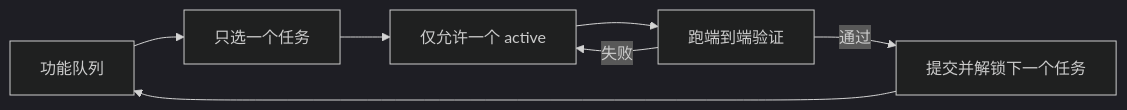
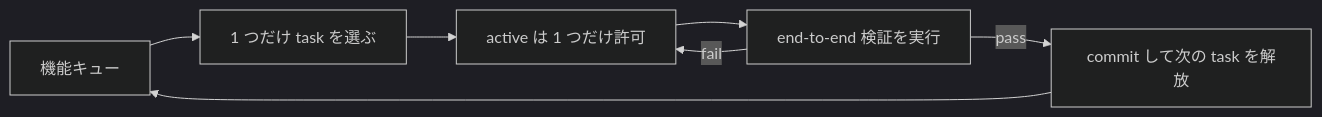
Before and after one commit to mkusaka/learn-harness-engineering: the first of 2 diagrams in docs/zh/lectures/lecture-07-why-agents-overreach-and-under-finish/index.md, drawn with Mermaid (dark theme). The commit also changed other lines of this file and 571 other files, not shown here.

````diff
--- a/docs/zh/lectures/lecture-07-why-agents-overreach-and-under-finish/index.md
+++ b/docs/zh/lectures/lecture-07-why-agents-overreach-and-under-finish/index.md
@@ -33,9 +33,9 @@
 ```mermaid
 flowchart LR
-    Queue["功能队列"] --> Pick["只选一个任务"]
-    Pick --> Active["仅允许一个 active"]
-    Active --> Verify["跑端到端验证"]
-    Verify -->|通过| Commit["提交并解锁下一个任务"]
-    Verify -->|失败| Active
+    Queue["機能キュー"] --> Pick["1 つだけ task を選ぶ"]
+    Pick --> Active["active は 1 つだけ許可"]
+    Active --> Verify["end-to-end 検証を実行"]
+    Verify -->|pass| Commit["commit して次の task を解放"]
+    Verify -->|fail| Active
     Commit --> Queue
 ```
````
